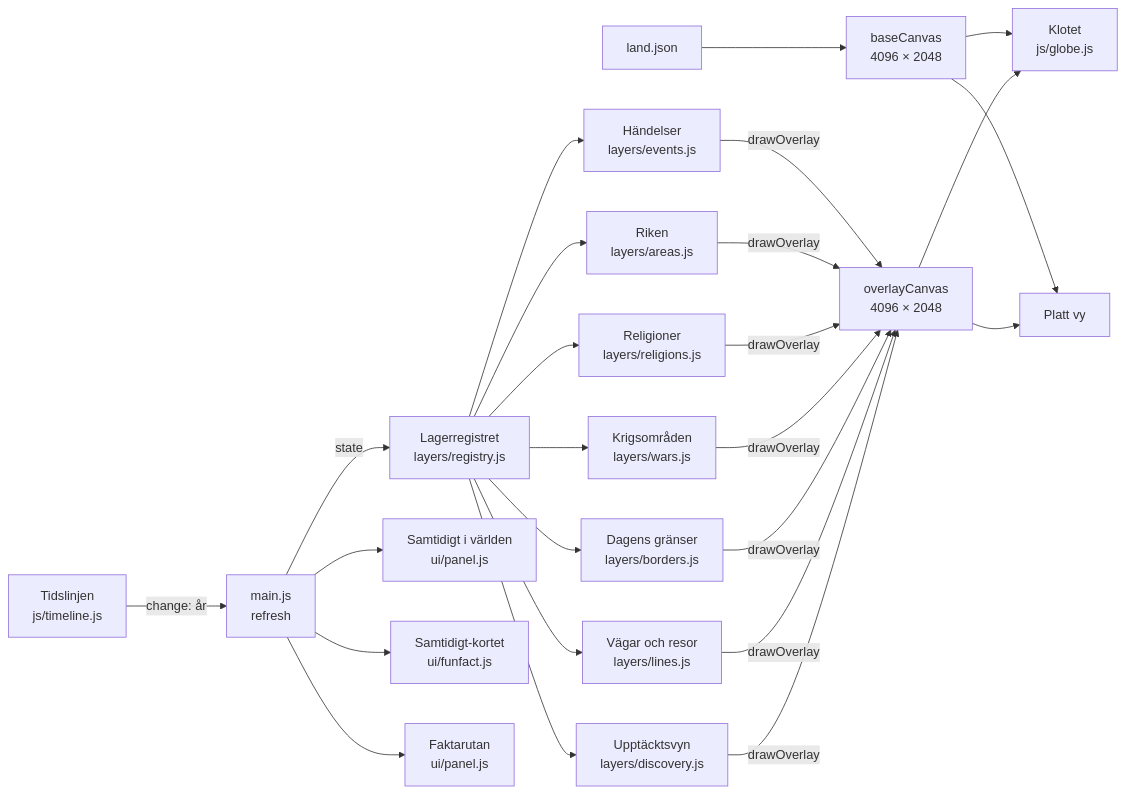
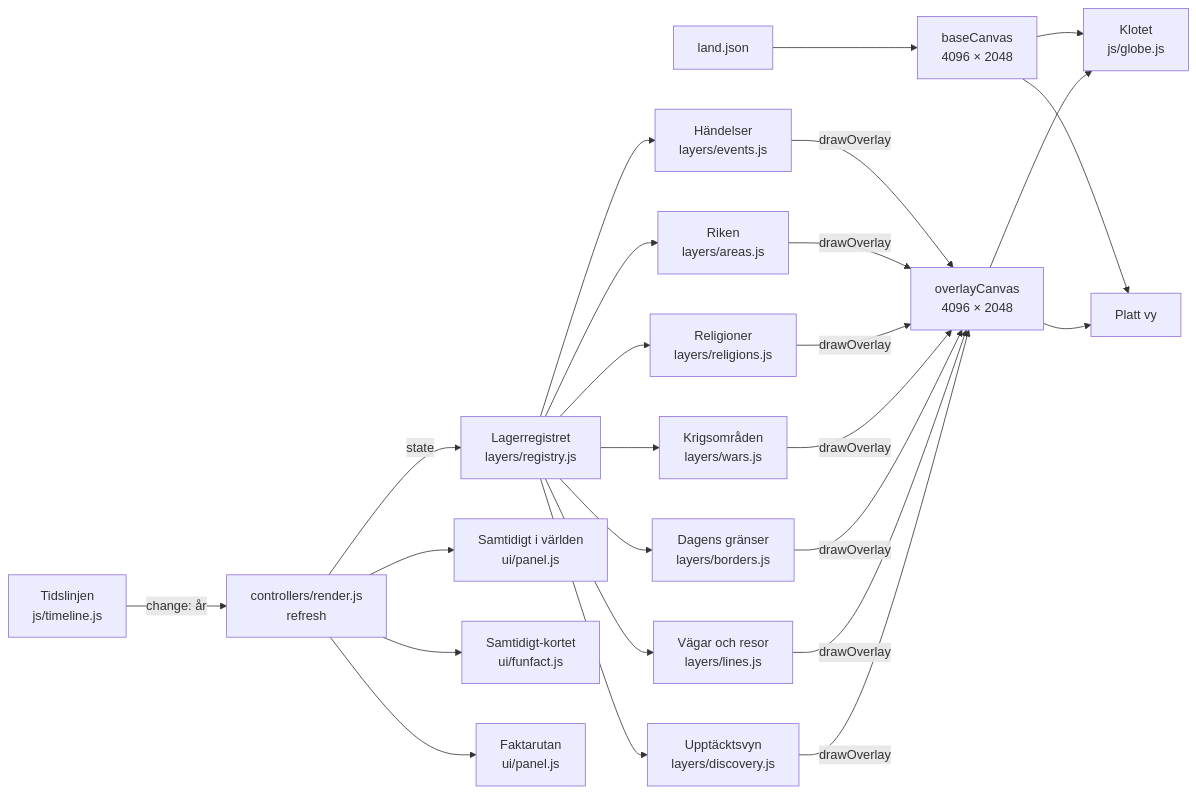
The diagram in docs/arkitektur.md (DasKrokodil/historia-globen), drawn with Mermaid before and after one commit. The commit also changed other lines of this file and 11 other files, not shown here.

First line of the commit message:
Dela upp main.js i controllers utan ändrat beteende (#402)

````diff
--- a/docs/arkitektur.md
+++ b/docs/arkitektur.md
@@ -51,19 +51,19 @@
 ```mermaid
 flowchart LR
-  T[Tidslinjen<br/>js/timeline.js] -- change: år --> M[main.js<br/>refresh]
+  T[Tidslinjen<br/>js/timeline.js] -- change: år --> M[controllers/render.js<br/>refresh]
   M -- state --> R[Lagerregistret<br/>layers/registry.js]
   R --> L1[Händelser<br/>layers/events.js]
   R --> L2[Riken<br/>layers/areas.js]
   R --> L3[Religioner<br/>layers/religions.js]
   R --> L4[Krigsområden<br/>layers/wars.js]
   R --> L5[Dagens gränser<br/>layers/borders.js]
   R --> L6[Vägar och resor<br/>layers/lines.js]
   R --> L7[Upptäcktsvyn<br/>layers/discovery.js]
   L1 & L2 & L3 & L4 & L5 & L6 & L7 -- drawOverlay --> O[overlayCanvas<br/>4096 × 2048]
   B[land.json] --> BC[baseCanvas<br/>4096 × 2048]
   BC & O --> G[Klotet<br/>js/globe.js]
   BC & O --> F[Platt vy]
   M --> P[Samtidigt i världen<br/>ui/panel.js]
   M --> S[Samtidigt-kortet<br/>ui/funfact.js]
   M --> D[Faktarutan<br/>ui/panel.js]
 ```
````
